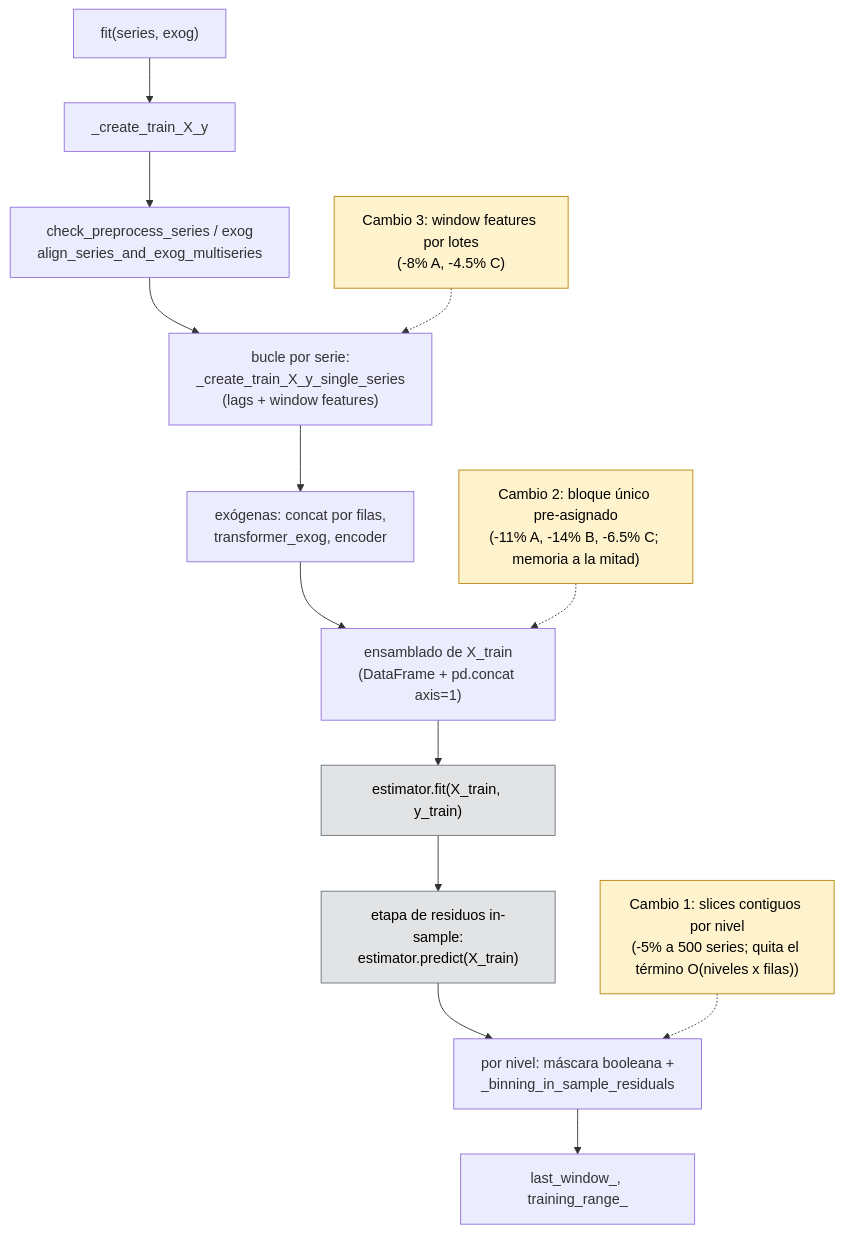
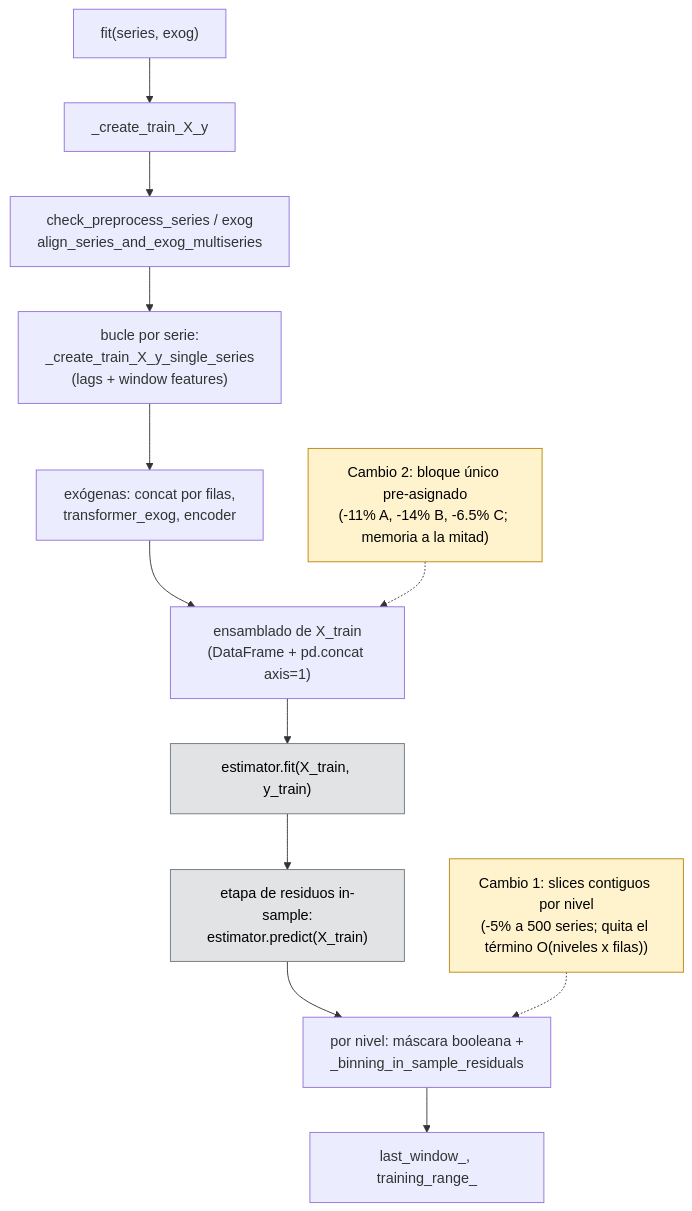
One commit to skforecast/skforecast changed the first of 4 diagrams in dev/PLAN_multiseries_fit_optimizations.md. Above: the diagram before and after it, drawn with Mermaid. The commit also changed other lines of this file and 11 other files, not shown here.

````diff
--- a/dev/PLAN_multiseries_fit_optimizations.md
+++ b/dev/PLAN_multiseries_fit_optimizations.md
@@ -82,21 +81,20 @@
 ```mermaid
 flowchart TD
     A["fit(series, exog)"] --> B["_create_train_X_y"]
     B --> B1["check_preprocess_series / exog<br/>align_series_and_exog_multiseries"]
     B1 --> B2["bucle por serie:<br/>_create_train_X_y_single_series<br/>(lags + window features)"]
     B2 --> B3["exógenas: concat por filas,<br/>transformer_exog, encoder"]
     B3 --> B4["ensamblado de X_train<br/>(DataFrame + pd.concat axis=1)"]
     B4 --> C["estimator.fit(X_train, y_train)"]
     C --> D["etapa de residuos in-sample:<br/>estimator.predict(X_train)"]
     D --> E["por nivel: máscara booleana +<br/>_binning_in_sample_residuals"]
     E --> F["last_window_, training_range_"]
 
-    C3["Cambio 3: window features por lotes<br/>(-8% A, -4.5% C)"] -.-> B2
     C2["Cambio 2: bloque único pre-asignado<br/>(-11% A, -14% B, -6.5% C; memoria a la mitad)"] -.-> B4
     C1["Cambio 1: slices contiguos por nivel<br/>(-5% a 500 series; quita el término O(niveles x filas))"] -.-> E
 
     classDef cambio fill:#fff3cd,stroke:#b8860b,color:#000;
     classDef lgbm fill:#e2e3e5,stroke:#6c757d,color:#000;
-    class C1,C2,C3 cambio;
+    class C1,C2 cambio;
     class C,D lgbm;
 ```
````
